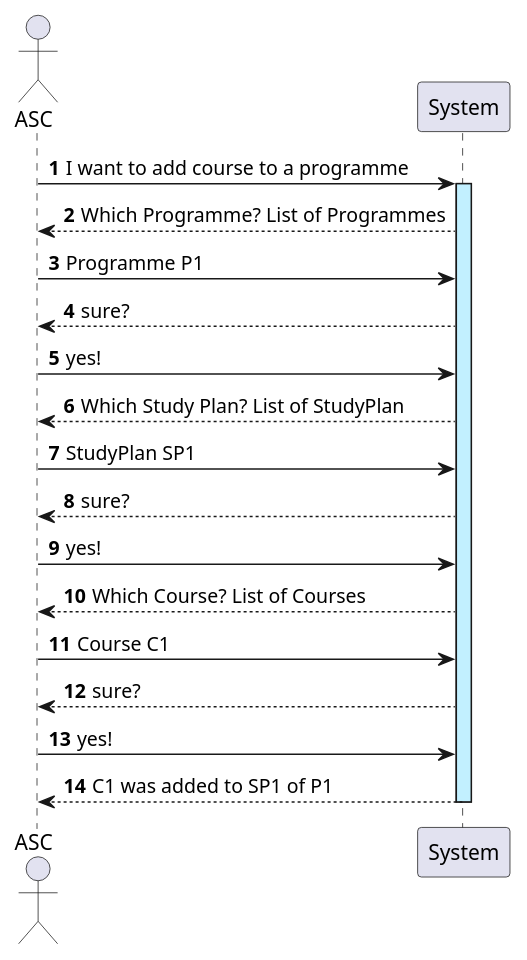
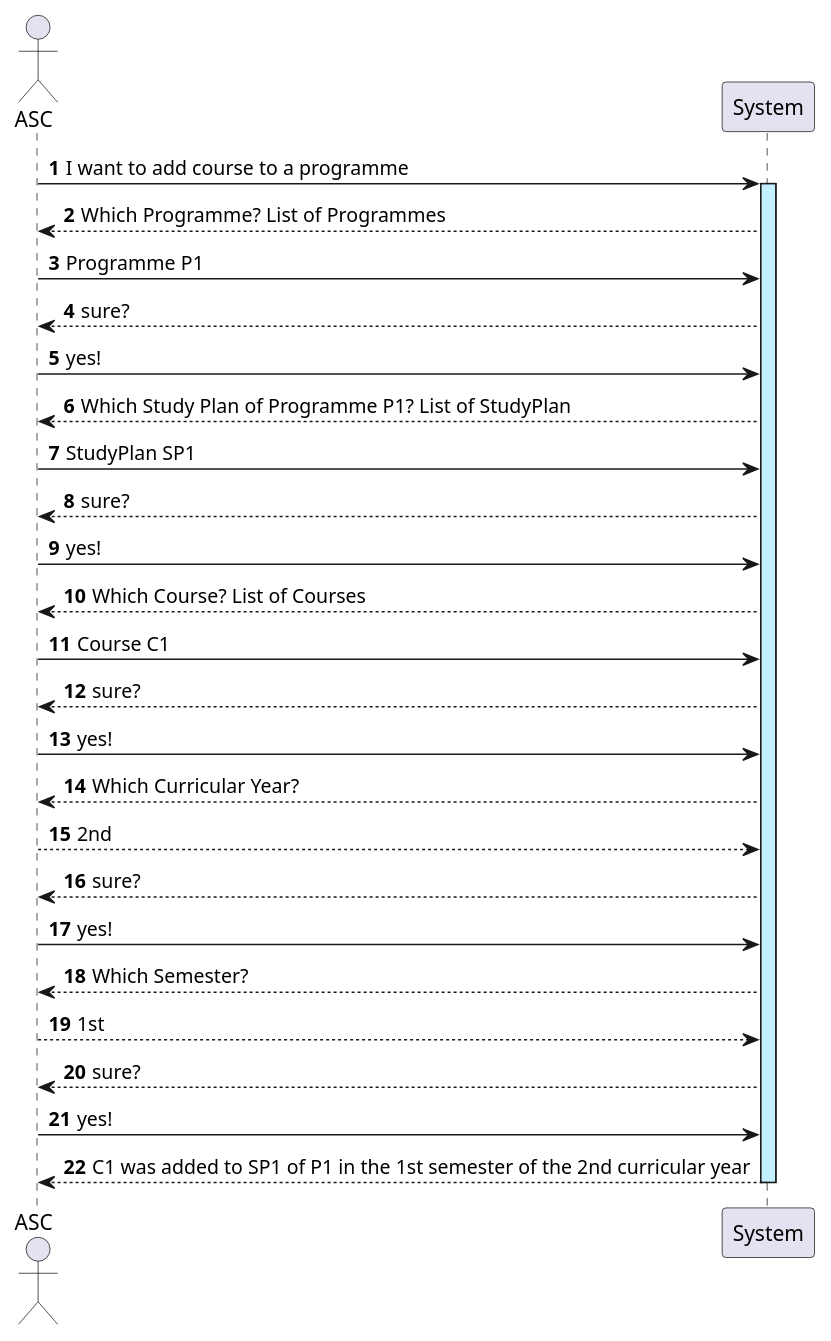
The diagram in docs/US03/US03_AddCourseToAProgramme_SSD.puml (GasparISEP/DevOps-PAI), drawn with PlantUML before and after one commit.

Commit message:
Update SDD with missing steps. refs #181

```diff
--- a/docs/US03/US03_AddCourseToAProgramme_SSD.puml
+++ b/docs/US03/US03_AddCourseToAProgramme_SSD.puml
@@ -1,22 +1,29 @@
 @startuml
 actor ASC
 autonumber
 
 
 ASC -> System ++ #application: I want to add course to a programme
 System --> ASC: Which Programme? List of Programmes
 ASC -> System: Programme P1
 System --> ASC : sure?
 ASC -> System: yes!
-System --> ASC: Which Study Plan? List of StudyPlan
+System --> ASC: Which Study Plan of Programme P1? List of StudyPlan
 ASC -> System: StudyPlan SP1
 System --> ASC: sure?
 ASC -> System: yes!
 System --> ASC : Which Course? List of Courses
 ASC -> System: Course C1
 System --> ASC: sure?
 ASC -> System: yes!
-System --> ASC --: C1 was added to SP1 of P1
-
+System --> ASC: Which Curricular Year?
+ASC --> System: 2nd
+System --> ASC: sure?
+ASC -> System: yes!
+System --> ASC: Which Semester?
+ASC --> System: 1st
+System --> ASC: sure?
+ASC -> System: yes!
+System --> ASC --: C1 was added to SP1 of P1 in the 1st semester of the 2nd curricular year
 
 @enduml
```
